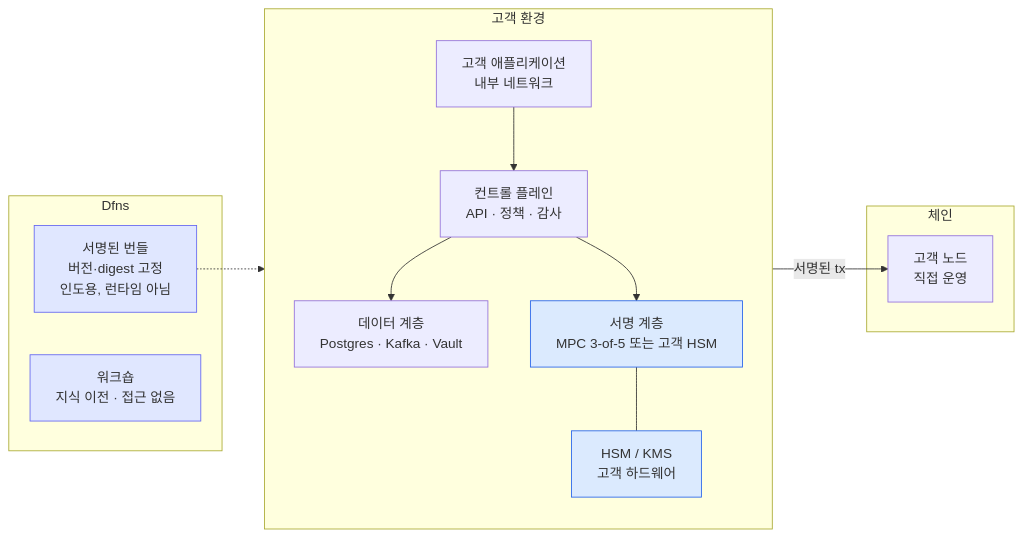
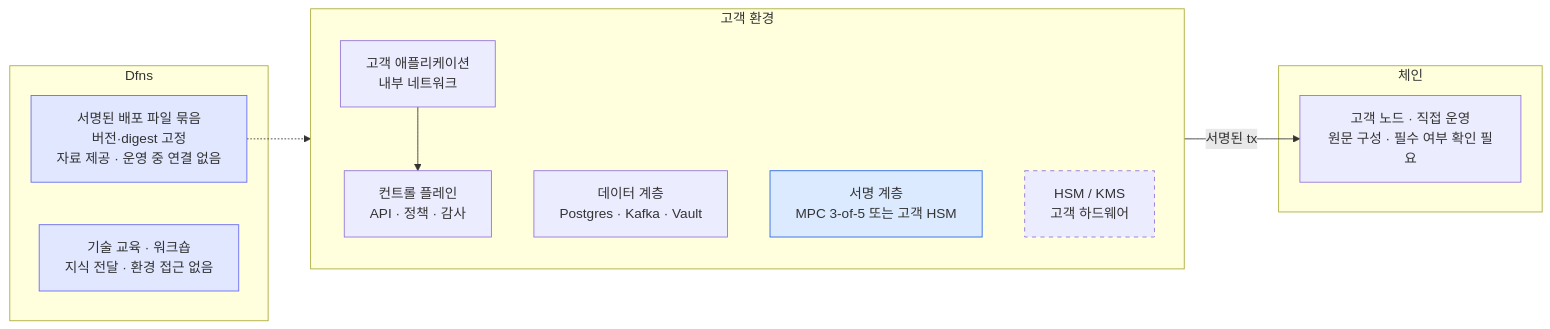
The first of 4 diagrams in blockchain-manager/docs/플랫폼 아키텍처/Dfns/00-on-premise-deployment.md (eunsujeo/eunpus), drawn with Mermaid before and after one commit. The commit also changed other lines of this file and 5 other files, not shown here.

Commit message:
docs: clarify Dfns deployment and governance architecture

````diff
--- a/blockchain-manager/docs/플랫폼 아키텍처/Dfns/00-on-premise-deployment.md
+++ b/blockchain-manager/docs/플랫폼 아키텍처/Dfns/00-on-premise-deployment.md
@@ -62,27 +63,27 @@
 ```mermaid
 flowchart LR
   subgraph CUST["고객 환경"]
     direction TB
     APP["고객 애플리케이션<br/>내부 네트워크"]
     CP["컨트롤 플레인<br/>API · 정책 · 감사"]
     DATA["데이터 계층<br/>Postgres · Kafka · Vault"]
     SIGN["서명 계층<br/>MPC 3-of-5 또는 고객 HSM"]
     HSM["HSM / KMS<br/>고객 하드웨어"]
-    APP --> CP --> DATA
-    CP --> SIGN
-    SIGN --- HSM
+    APP --> CP
   end
   subgraph DFNS["Dfns"]
-    BUNDLE["서명된 번들<br/>버전·digest 고정<br/>인도용, 런타임 아님"]
-    WS["워크숍<br/>지식 이전 · 접근 없음"]
+    BUNDLE["서명된 배포 파일 묶음<br/>버전·digest 고정<br/>자료 제공 · 운영 중 연결 없음"]
+    WS["기술 교육 · 워크숍<br/>지식 전달 · 환경 접근 없음"]
   end
   subgraph CHAIN["체인"]
-    NODE["고객 노드<br/>직접 운영"]
+    NODE["고객 노드 · 직접 운영<br/>원문 구성 · 필수 여부 확인 필요"]
   end
   BUNDLE -.-> CP
   SIGN -->|"서명된 tx"| NODE
   classDef vault fill:#dbeafe,stroke:#2563eb
   classDef special fill:#e0e7ff,stroke:#6366f1
-  class SIGN,HSM vault
+  classDef optional stroke-dasharray:5 5
+  class SIGN vault
+  class HSM optional
   class BUNDLE,WS special
 ```
````
